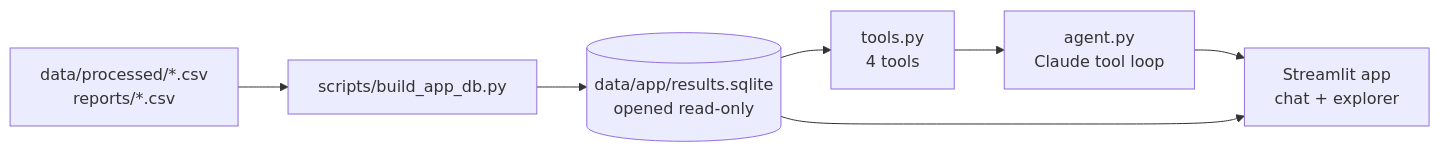
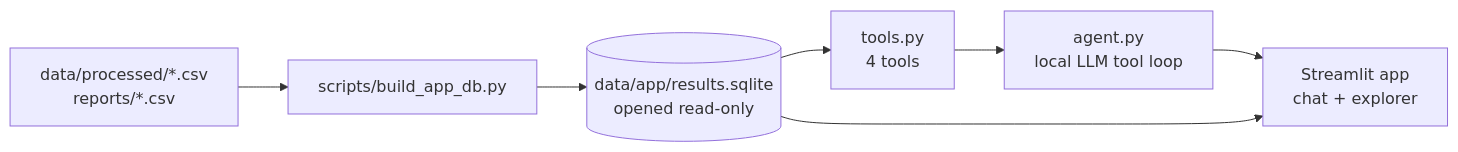
The diagram in docs/analyst-agent.md (batuhangozegu/weather-driven-stock-prediction), drawn with Mermaid before and after one commit. The commit also changed other lines of this file, not shown here.

Commit message:
docs: run the stage 7 agent on a local Ollama model

````diff
--- a/docs/analyst-agent.md
+++ b/docs/analyst-agent.md
@@ -9,9 +9,9 @@
 ```mermaid
 flowchart LR
     A[data/processed/*.csv<br/>reports/*.csv] --> B[scripts/build_app_db.py]
     B --> C[(data/app/results.sqlite<br/>opened read-only)]
     C --> D[tools.py<br/>4 tools]
-    D --> E[agent.py<br/>Claude tool loop]
+    D --> E[agent.py<br/>local LLM tool loop]
     E --> F[Streamlit app<br/>chat + explorer]
     C --> F
 ```
````
